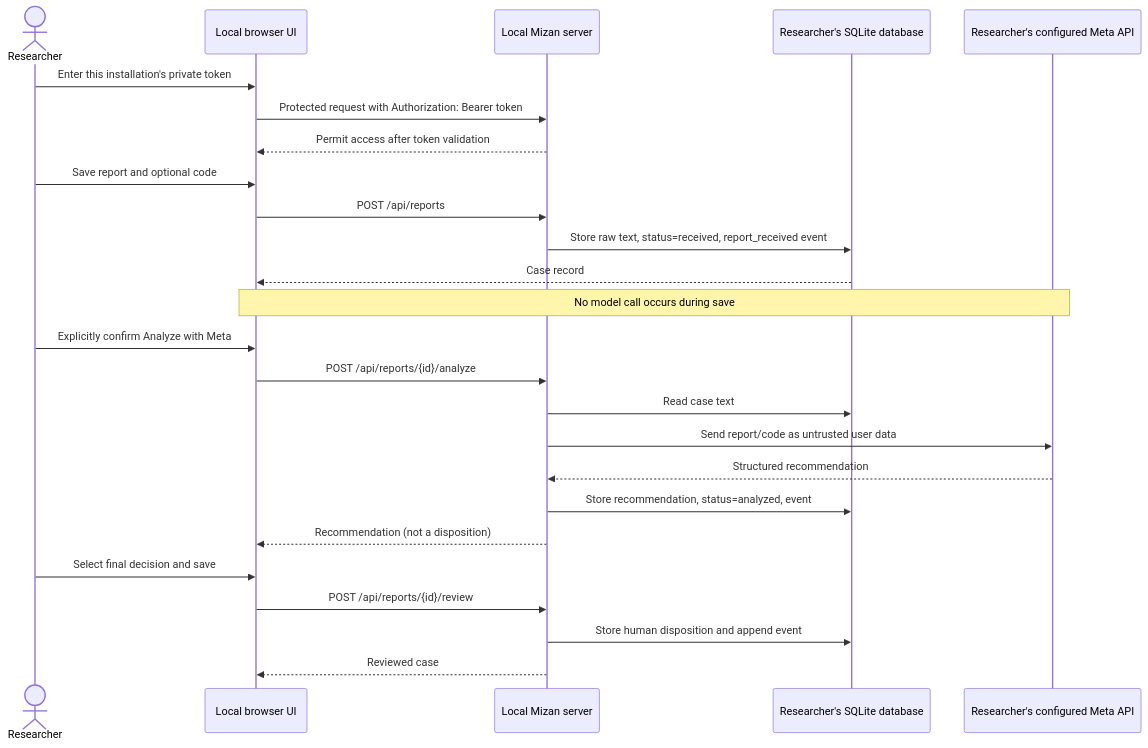
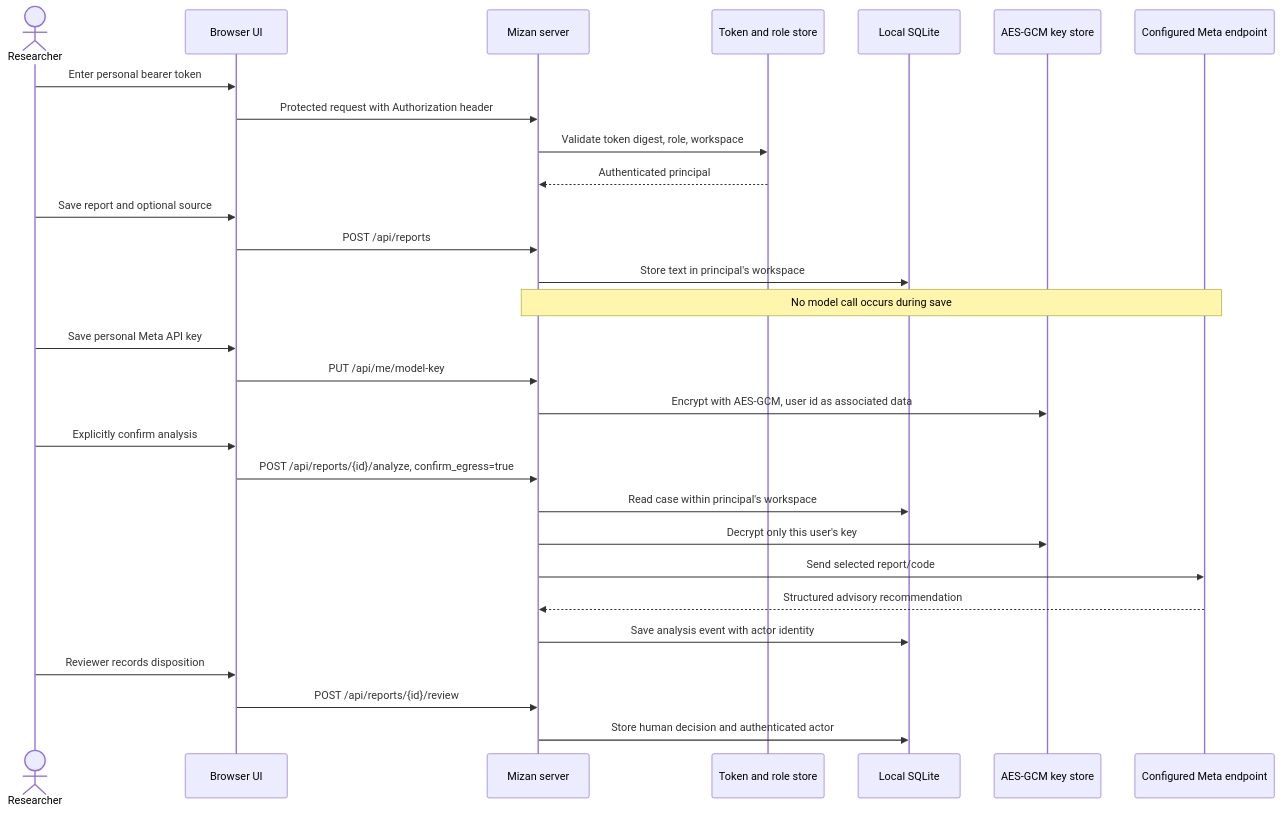
One commit to aimenhamzi01-dot/mizan changed the first of 2 diagrams in docs/ARCHITECTURE.md. Above: the diagram before and after it, drawn with Mermaid. The commit also changed other lines of this file and 25 other files, not shown here.

First line of the commit message:
Add workspace-scoped team access

````diff
--- a/docs/ARCHITECTURE.md
+++ b/docs/ARCHITECTURE.md
@@ -19,28 +29,32 @@
 ```mermaid
 sequenceDiagram
     actor Researcher
-    participant UI as Local browser UI
-    participant API as Local Mizan server
-    participant DB as Researcher's SQLite database
-    participant Model as Researcher's configured Meta API
+    participant UI as Browser UI
+    participant API as Mizan server
+    participant Auth as Token and role store
+    participant DB as Local SQLite
+    participant Keys as AES-GCM key store
+    participant Model as Configured Meta endpoint
 
-    Researcher->>UI: Enter this installation's private token
-    UI->>API: Protected request with Authorization: Bearer token
-    API-->>UI: Permit access after token validation
-    Researcher->>UI: Save report and optional code
+    Researcher->>UI: Enter personal bearer token
+    UI->>API: Protected request with Authorization header
+    API->>Auth: Validate token digest, role, workspace
+    Auth-->>API: Authenticated principal
+    Researcher->>UI: Save report and optional source
     UI->>API: POST /api/reports
-    API->>DB: Store raw text, status=received, report_received event
-    DB-->>UI: Case record
-    Note over UI,Model: No model call occurs during save
-    Researcher->>UI: Explicitly confirm Analyze with Meta
-    UI->>API: POST /api/reports/{id}/analyze
-    API->>DB: Read case text
-    API->>Model: Send report/code as untrusted user data
-    Model-->>API: Structured recommendation
-    API->>DB: Store recommendation, status=analyzed, event
-    API-->>UI: Recommendation (not a disposition)
-    Researcher->>UI: Select final decision and save
+    API->>DB: Store text in principal's workspace
+    Note over API,Model: No model call occurs during save
+    Researcher->>UI: Save personal Meta API key
+    UI->>API: PUT /api/me/model-key
+    API->>Keys: Encrypt with AES-GCM, user id as associated data
+    Researcher->>UI: Explicitly confirm analysis
+    UI->>API: POST /api/reports/{id}/analyze, confirm_egress=true
+    API->>DB: Read case within principal's workspace
+    API->>Keys: Decrypt only this user's key
+    API->>Model: Send selected report/code
+    Model-->>API: Structured advisory recommendation
+    API->>DB: Save analysis event with actor identity
+    Researcher->>UI: Reviewer records disposition
     UI->>API: POST /api/reports/{id}/review
-    API->>DB: Store human disposition and append event
-    API-->>UI: Reviewed case
+    API->>DB: Store human decision and authenticated actor
 ```
````
